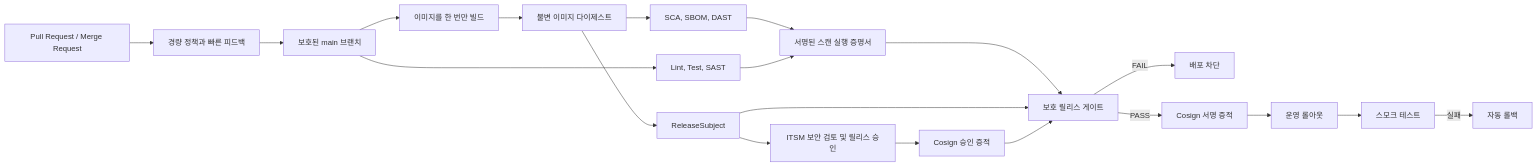
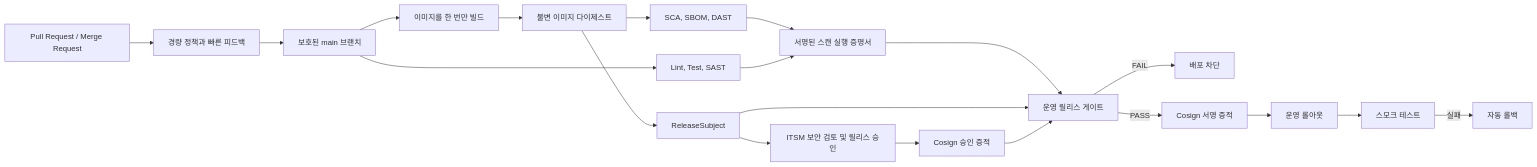
The diagram in README.md (kwakhyun/finguard-devsecops), drawn with Mermaid before and after one commit. The commit also changed other lines of this file and 6 other files, not shown here.

````diff
--- a/README.md
+++ b/README.md
@@ -56,19 +56,19 @@
 ```mermaid
 flowchart LR
     A[Pull Request / Merge Request] --> B[경량 정책과 빠른 피드백]
     B --> C[보호된 main 브랜치]
     C --> D[이미지를 한 번만 빌드]
     D --> E[불변 이미지 다이제스트]
     E --> F[SCA, SBOM, DAST]
     C --> G[Lint, Test, SAST]
     F & G --> H[서명된 스캔 실행 증명서]
     E --> I[ReleaseSubject]
     I --> J[ITSM 보안 검토 및 릴리스 승인]
     J --> K[Cosign 승인 증적]
-    H & I & K --> L[보호 릴리스 게이트]
+    H & I & K --> L[운영 릴리스 게이트]
     L -->|FAIL| M[배포 차단]
     L -->|PASS| N[Cosign 서명 증적]
     N --> O[운영 롤아웃]
     O --> P[스모크 테스트]
     P -->|실패| Q[자동 롤백]
 ```
````
